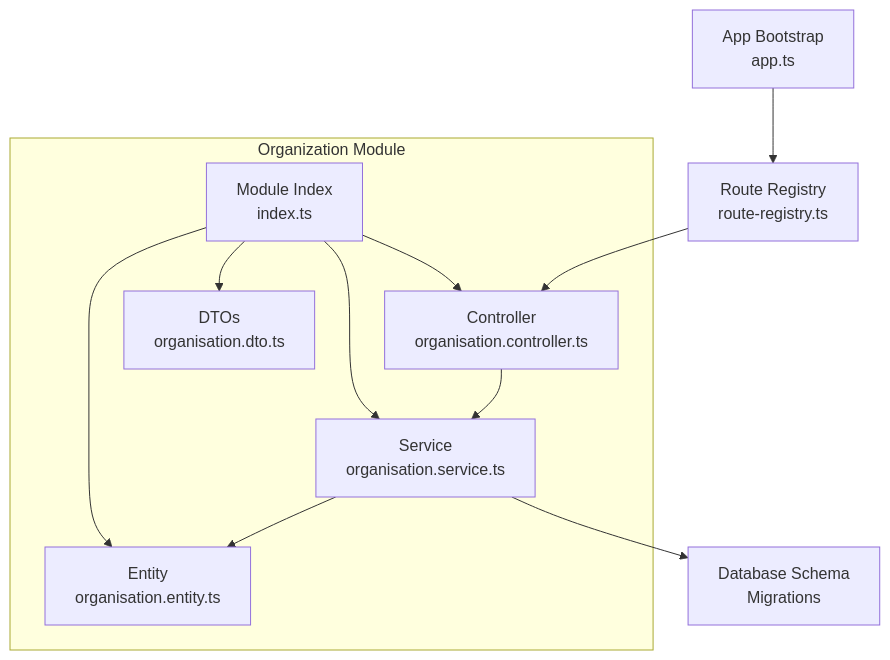
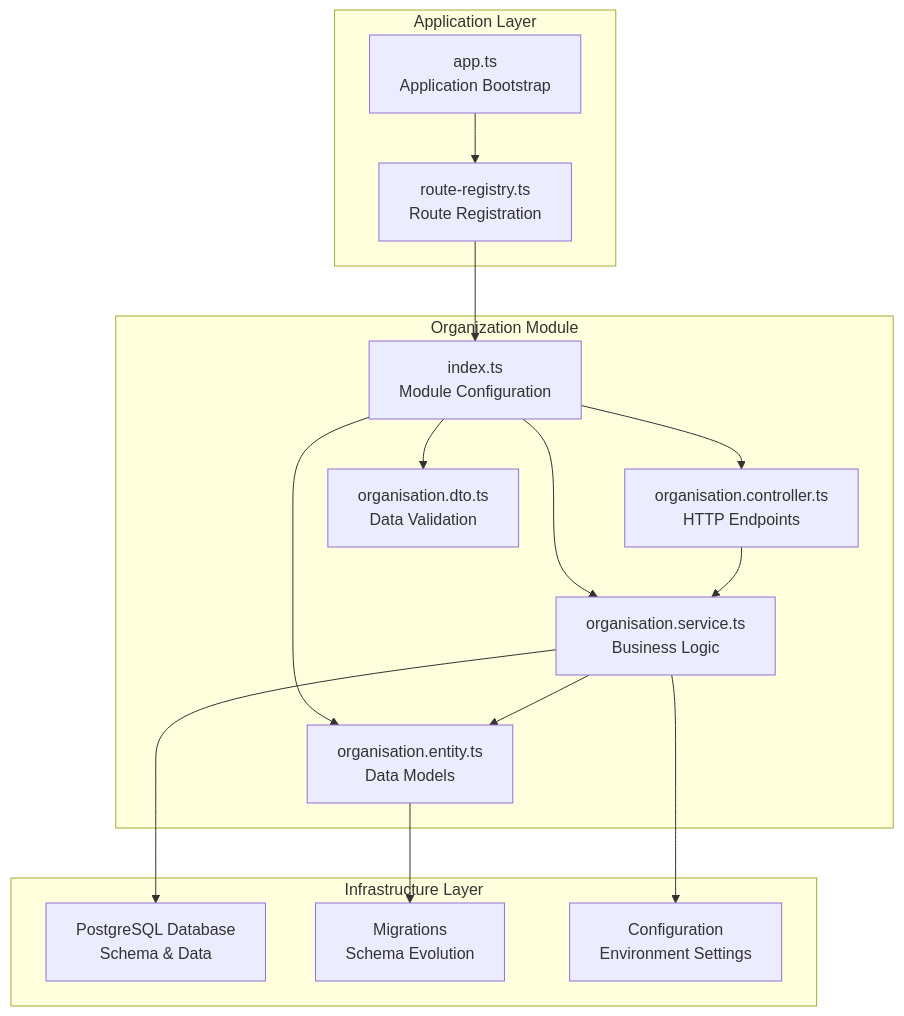
The first of 4 diagrams in .qoder/repowiki/en/content/Human Resources Management/Organization Module Architecture.md (franckylab/eLISAschool), drawn with Mermaid before and after one commit. The commit also changed other lines of this file and 188 other files, not shown here.

````diff
--- a/.qoder/repowiki/en/content/Human Resources Management/Organization Module Architecture.md
+++ b/.qoder/repowiki/en/content/Human Resources Management/Organization Module Architecture.md
@@ -55,22 +59,30 @@
 ```mermaid
 graph TB
+subgraph "Application Layer"
+A["app.ts<br/>Application Bootstrap"]
+R["route-registry.ts<br/>Route Registration"]
+end
 subgraph "Organization Module"
-C["Controller<br/>organisation.controller.ts"]
-S["Service<br/>organisation.service.ts"]
-D["DTOs<br/>organisation.dto.ts"]
-E["Entity<br/>organisation.entity.ts"]
-I["Module Index<br/>index.ts"]
+I["index.ts<br/>Module Configuration"]
+C["organisation.controller.ts<br/>HTTP Endpoints"]
+S["organisation.service.ts<br/>Business Logic"]
+D["organisation.dto.ts<br/>Data Validation"]
+E["organisation.entity.ts<br/>Data Models"]
 end
-R["Route Registry<br/>route-registry.ts"]
-A["App Bootstrap<br/>app.ts"]
-DB["Database Schema<br/>Migrations"]
+subgraph "Infrastructure Layer"
+DB["PostgreSQL Database<br/>Schema & Data"]
+MIG["Migrations<br/>Schema Evolution"]
+CFG["Configuration<br/>Environment Settings"]
+end
+A --> R
+R --> I
 I --> C
 I --> S
 I --> D
 I --> E
-R --> C
 C --> S
 S --> E
 S --> DB
-A --> R
+E --> MIG
+S --> CFG
 ```
````
